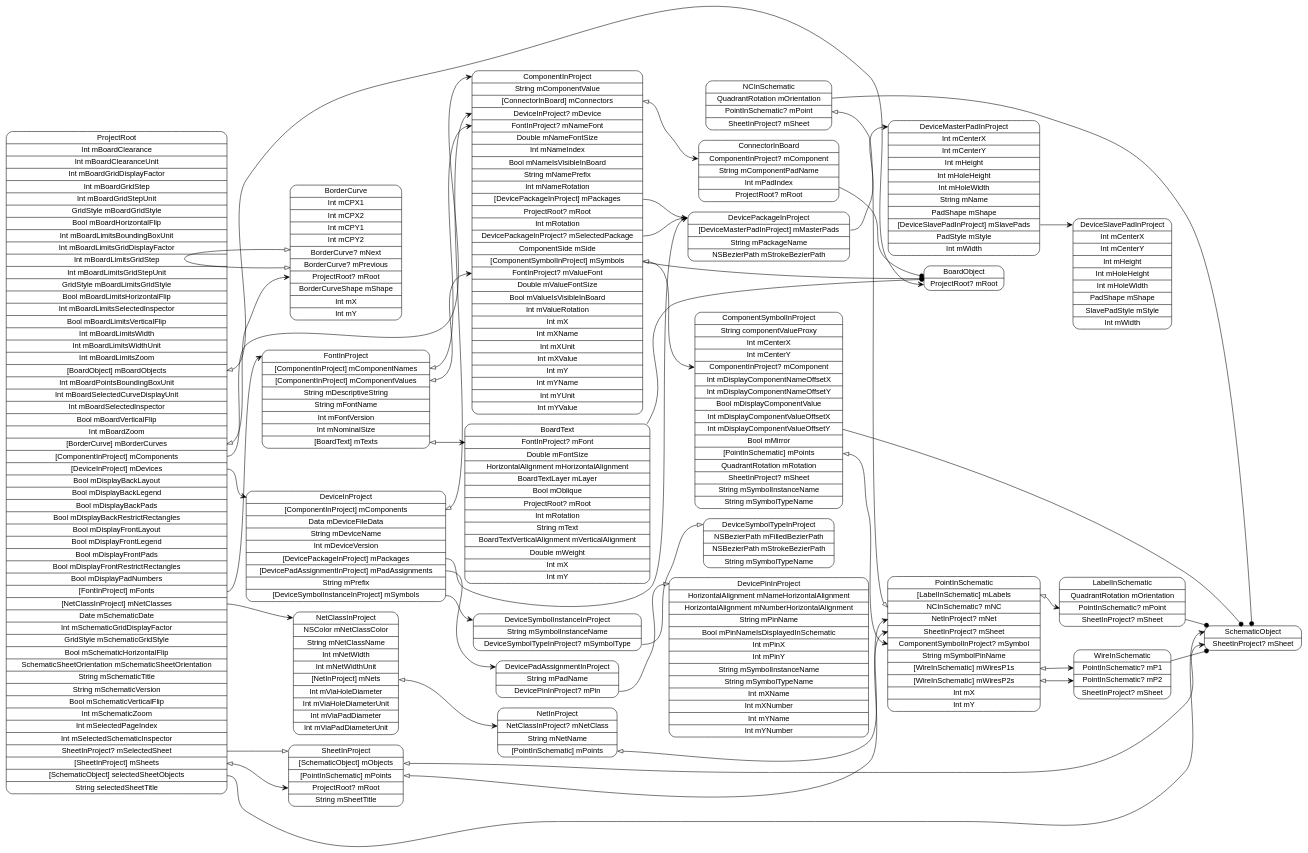
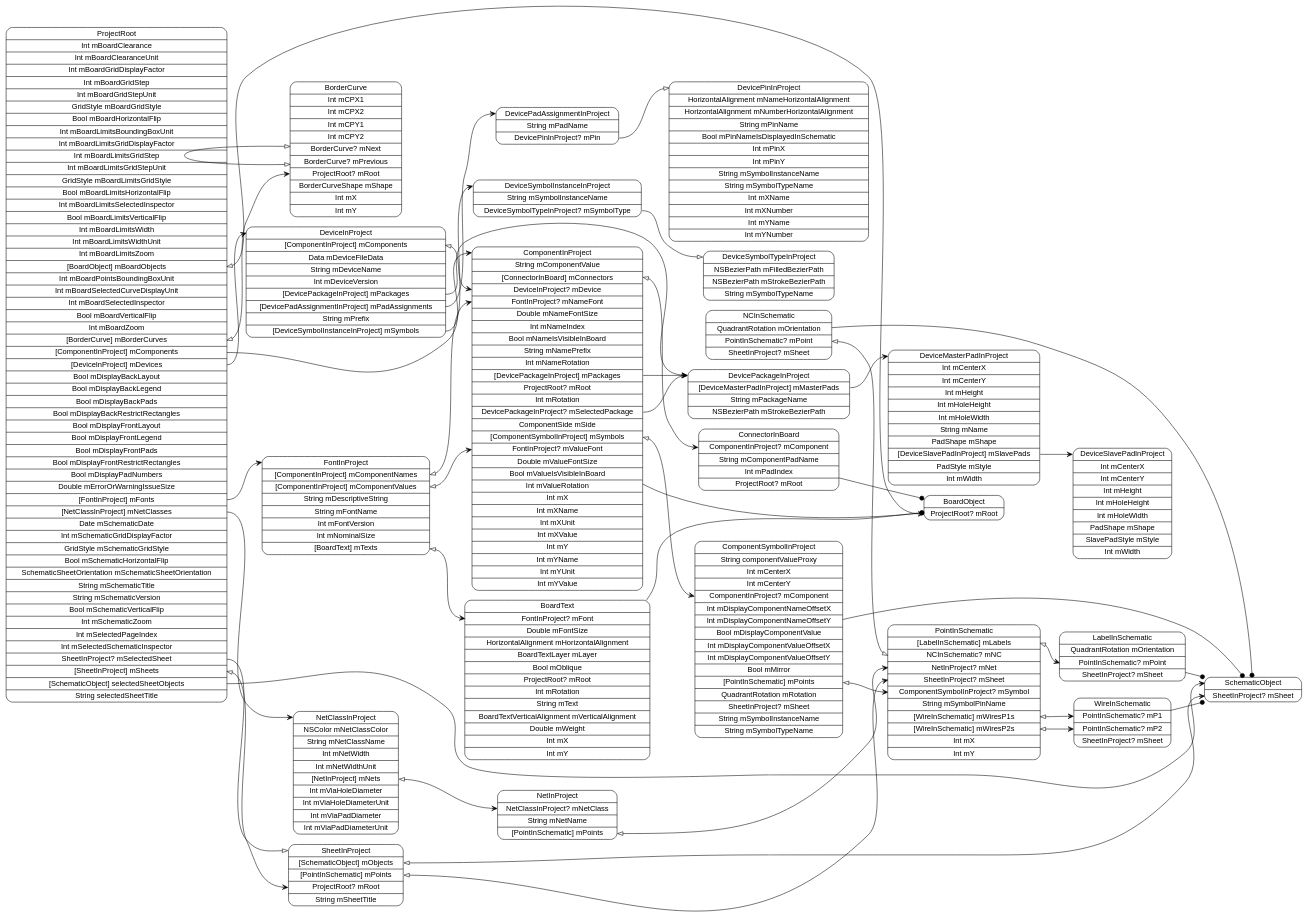
One commit to pierremolinaro/ElCanari-dev changed the diagram in models/ProjectRoot.dot. Above: the diagram before and after it, drawn with Graphviz. The commit also changed 41 other files, not shown here.

```diff
--- a/models/ProjectRoot.dot
+++ b/models/ProjectRoot.dot
@@ -1,69 +1,69 @@
 digraph G {
   rankdir=LR ;
   node [shape=record fontname=helvetica style=rounded] ;
-  ProjectRoot[label="<ProjectRoot>ProjectRoot|Int mBoardClearance|Int mBoardClearanceUnit|Int mBoardGridDisplayFactor|Int mBoardGridStep|Int mBoardGridStepUnit|GridStyle mBoardGridStyle|Bool mBoardHorizontalFlip|Int mBoardLimitsBoundingBoxUnit|Int mBoardLimitsGridDisplayFactor|Int mBoardLimitsGridStep|Int mBoardLimitsGridStepUnit|GridStyle mBoardLimitsGridStyle|Bool mBoardLimitsHorizontalFlip|Int mBoardLimitsSelectedInspector|Bool mBoardLimitsVerticalFlip|Int mBoardLimitsWidth|Int mBoardLimitsWidthUnit|Int mBoardLimitsZoom|<mBoardObjects>[BoardObject] mBoardObjects|Int mBoardPointsBoundingBoxUnit|Int mBoardSelectedCurveDisplayUnit|Int mBoardSelectedInspector|Bool mBoardVerticalFlip|Int mBoardZoom|<mBorderCurves>[BorderCurve] mBorderCurves|<mComponents>[ComponentInProject] mComponents|<mDevices>[DeviceInProject] mDevices|Bool mDisplayBackLayout|Bool mDisplayBackLegend|Bool mDisplayBackPads|Bool mDisplayBackRestrictRectangles|Bool mDisplayFrontLayout|Bool mDisplayFrontLegend|Bool mDisplayFrontPads|Bool mDisplayFrontRestrictRectangles|Bool mDisplayPadNumbers|<mFonts>[FontInProject] mFonts|<mNetClasses>[NetClassInProject] mNetClasses|Date mSchematicDate|Int mSchematicGridDisplayFactor|GridStyle mSchematicGridStyle|Bool mSchematicHorizontalFlip|SchematicSheetOrientation mSchematicSheetOrientation|String mSchematicTitle|String mSchematicVersion|Bool mSchematicVerticalFlip|Int mSchematicZoom|Int mSelectedPageIndex|Int mSelectedSchematicInspector|<mSelectedSheet>SheetInProject? mSelectedSheet|<mSheets>[SheetInProject] mSheets|<selectedSheetObjects>[SchematicObject] selectedSheetObjects|String selectedSheetTitle"] ;
+  ProjectRoot[label="<ProjectRoot>ProjectRoot|Int mBoardClearance|Int mBoardClearanceUnit|Int mBoardGridDisplayFactor|Int mBoardGridStep|Int mBoardGridStepUnit|GridStyle mBoardGridStyle|Bool mBoardHorizontalFlip|Int mBoardLimitsBoundingBoxUnit|Int mBoardLimitsGridDisplayFactor|Int mBoardLimitsGridStep|Int mBoardLimitsGridStepUnit|GridStyle mBoardLimitsGridStyle|Bool mBoardLimitsHorizontalFlip|Int mBoardLimitsSelectedInspector|Bool mBoardLimitsVerticalFlip|Int mBoardLimitsWidth|Int mBoardLimitsWidthUnit|Int mBoardLimitsZoom|<mBoardObjects>[BoardObject] mBoardObjects|Int mBoardPointsBoundingBoxUnit|Int mBoardSelectedCurveDisplayUnit|Int mBoardSelectedInspector|Bool mBoardVerticalFlip|Int mBoardZoom|<mBorderCurves>[BorderCurve] mBorderCurves|<mComponents>[ComponentInProject] mComponents|<mDevices>[DeviceInProject] mDevices|Bool mDisplayBackLayout|Bool mDisplayBackLegend|Bool mDisplayBackPads|Bool mDisplayBackRestrictRectangles|Bool mDisplayFrontLayout|Bool mDisplayFrontLegend|Bool mDisplayFrontPads|Bool mDisplayFrontRestrictRectangles|Bool mDisplayPadNumbers|Double mErrorOrWarningIssueSize|<mFonts>[FontInProject] mFonts|<mNetClasses>[NetClassInProject] mNetClasses|Date mSchematicDate|Int mSchematicGridDisplayFactor|GridStyle mSchematicGridStyle|Bool mSchematicHorizontalFlip|SchematicSheetOrientation mSchematicSheetOrientation|String mSchematicTitle|String mSchematicVersion|Bool mSchematicVerticalFlip|Int mSchematicZoom|Int mSelectedPageIndex|Int mSelectedSchematicInspector|<mSelectedSheet>SheetInProject? mSelectedSheet|<mSheets>[SheetInProject] mSheets|<selectedSheetObjects>[SchematicObject] selectedSheetObjects|String selectedSheetTitle"] ;
   SchematicObject[label="<SchematicObject>SchematicObject|<mSheet>SheetInProject? mSheet"] ;
   SheetInProject[label="<SheetInProject>SheetInProject|<mObjects>[SchematicObject] mObjects|<mPoints>[PointInSchematic] mPoints|<mRoot>ProjectRoot? mRoot|String mSheetTitle"] ;
   PointInSchematic[label="<PointInSchematic>PointInSchematic|<mLabels>[LabelInSchematic] mLabels|<mNC>NCInSchematic? mNC|<mNet>NetInProject? mNet|<mSheet>SheetInProject? mSheet|<mSymbol>ComponentSymbolInProject? mSymbol|String mSymbolPinName|<mWiresP1s>[WireInSchematic] mWiresP1s|<mWiresP2s>[WireInSchematic] mWiresP2s|Int mX|Int mY"] ;
   WireInSchematic[label="<WireInSchematic>WireInSchematic|<mP1>PointInSchematic? mP1|<mP2>PointInSchematic? mP2|<mSheet>SheetInProject? mSheet"] ;
   NCInSchematic[label="<NCInSchematic>NCInSchematic|QuadrantRotation mOrientation|<mPoint>PointInSchematic? mPoint|<mSheet>SheetInProject? mSheet"] ;
   LabelInSchematic[label="<LabelInSchematic>LabelInSchematic|QuadrantRotation mOrientation|<mPoint>PointInSchematic? mPoint|<mSheet>SheetInProject? mSheet"] ;
   NetClassInProject[label="<NetClassInProject>NetClassInProject|NSColor mNetClassColor|String mNetClassName|Int mNetWidth|Int mNetWidthUnit|<mNets>[NetInProject] mNets|Int mViaHoleDiameter|Int mViaHoleDiameterUnit|Int mViaPadDiameter|Int mViaPadDiameterUnit"] ;
   NetInProject[label="<NetInProject>NetInProject|<mNetClass>NetClassInProject? mNetClass|String mNetName|<mPoints>[PointInSchematic] mPoints"] ;
   FontInProject[label="<FontInProject>FontInProject|<mComponentNames>[ComponentInProject] mComponentNames|<mComponentValues>[ComponentInProject] mComponentValues|String mDescriptiveString|String mFontName|Int mFontVersion|Int mNominalSize|<mTexts>[BoardText] mTexts"] ;
   BoardText[label="<BoardText>BoardText|<mFont>FontInProject? mFont|Double mFontSize|HorizontalAlignment mHorizontalAlignment|BoardTextLayer mLayer|Bool mOblique|<mRoot>ProjectRoot? mRoot|Int mRotation|String mText|BoardTextVerticalAlignment mVerticalAlignment|Double mWeight|Int mX|Int mY"] ;
   DeviceInProject[label="<DeviceInProject>DeviceInProject|<mComponents>[ComponentInProject] mComponents|Data mDeviceFileData|String mDeviceName|Int mDeviceVersion|<mPackages>[DevicePackageInProject] mPackages|<mPadAssignments>[DevicePadAssignmentInProject] mPadAssignments|String mPrefix|<mSymbols>[DeviceSymbolInstanceInProject] mSymbols"] ;
   DeviceSymbolInstanceInProject[label="<DeviceSymbolInstanceInProject>DeviceSymbolInstanceInProject|String mSymbolInstanceName|<mSymbolType>DeviceSymbolTypeInProject? mSymbolType"] ;
   DeviceSymbolTypeInProject[label="<DeviceSymbolTypeInProject>DeviceSymbolTypeInProject|NSBezierPath mFilledBezierPath|NSBezierPath mStrokeBezierPath|String mSymbolTypeName"] ;
   DevicePadAssignmentInProject[label="<DevicePadAssignmentInProject>DevicePadAssignmentInProject|String mPadName|<mPin>DevicePinInProject? mPin"] ;
   DevicePinInProject[label="<DevicePinInProject>DevicePinInProject|HorizontalAlignment mNameHorizontalAlignment|HorizontalAlignment mNumberHorizontalAlignment|String mPinName|Bool mPinNameIsDisplayedInSchematic|Int mPinX|Int mPinY|String mSymbolInstanceName|String mSymbolTypeName|Int mXName|Int mXNumber|Int mYName|Int mYNumber"] ;
   DevicePackageInProject[label="<DevicePackageInProject>DevicePackageInProject|<mMasterPads>[DeviceMasterPadInProject] mMasterPads|String mPackageName|NSBezierPath mStrokeBezierPath"] ;
   DeviceMasterPadInProject[label="<DeviceMasterPadInProject>DeviceMasterPadInProject|Int mCenterX|Int mCenterY|Int mHeight|Int mHoleHeight|Int mHoleWidth|String mName|PadShape mShape|<mSlavePads>[DeviceSlavePadInProject] mSlavePads|PadStyle mStyle|Int mWidth"] ;
   DeviceSlavePadInProject[label="<DeviceSlavePadInProject>DeviceSlavePadInProject|Int mCenterX|Int mCenterY|Int mHeight|Int mHoleHeight|Int mHoleWidth|PadShape mShape|SlavePadStyle mStyle|Int mWidth"] ;
   ComponentInProject[label="<ComponentInProject>ComponentInProject|String mComponentValue|<mConnectors>[ConnectorInBoard] mConnectors|<mDevice>DeviceInProject? mDevice|<mNameFont>FontInProject? mNameFont|Double mNameFontSize|Int mNameIndex|Bool mNameIsVisibleInBoard|String mNamePrefix|Int mNameRotation|<mPackages>[DevicePackageInProject] mPackages|<mRoot>ProjectRoot? mRoot|Int mRotation|<mSelectedPackage>DevicePackageInProject? mSelectedPackage|ComponentSide mSide|<mSymbols>[ComponentSymbolInProject] mSymbols|<mValueFont>FontInProject? mValueFont|Double mValueFontSize|Bool mValueIsVisibleInBoard|Int mValueRotation|Int mX|Int mXName|Int mXUnit|Int mXValue|Int mY|Int mYName|Int mYUnit|Int mYValue"] ;
   ComponentSymbolInProject[label="<ComponentSymbolInProject>ComponentSymbolInProject|String componentValueProxy|Int mCenterX|Int mCenterY|<mComponent>ComponentInProject? mComponent|Int mDisplayComponentNameOffsetX|Int mDisplayComponentNameOffsetY|Bool mDisplayComponentValue|Int mDisplayComponentValueOffsetX|Int mDisplayComponentValueOffsetY|Bool mMirror|<mPoints>[PointInSchematic] mPoints|QuadrantRotation mRotation|<mSheet>SheetInProject? mSheet|String mSymbolInstanceName|String mSymbolTypeName"] ;
   ConnectorInBoard[label="<ConnectorInBoard>ConnectorInBoard|<mComponent>ComponentInProject? mComponent|String mComponentPadName|Int mPadIndex|<mRoot>ProjectRoot? mRoot"] ;
   BorderCurve[label="<BorderCurve>BorderCurve|Int mCPX1|Int mCPX2|Int mCPY1|Int mCPY2|<mNext>BorderCurve? mNext|<mPrevious>BorderCurve? mPrevious|<mRoot>ProjectRoot? mRoot|BorderCurveShape mShape|Int mX|Int mY"] ;
   BoardObject[label="<BoardObject>BoardObject|<mRoot>ProjectRoot? mRoot"] ;
   ProjectRoot:mBoardObjects -> BoardObject:mRoot [dir=both arrowtail=onormal arrowhead=vee] ;
   ProjectRoot:mBorderCurves -> BorderCurve:mRoot [dir=both arrowtail=onormal arrowhead=vee] ;
   ProjectRoot:mComponents -> ComponentInProject:ComponentInProject [dir=both arrowtail=none arrowhead=vee] ;
   ProjectRoot:mDevices -> DeviceInProject:DeviceInProject [dir=both arrowtail=none arrowhead=vee] ;
   ProjectRoot:mFonts -> FontInProject:FontInProject [dir=both arrowtail=none arrowhead=vee] ;
   ProjectRoot:mNetClasses -> NetClassInProject:NetClassInProject [dir=both arrowtail=none arrowhead=vee] ;
   ProjectRoot:mSelectedSheet -> SheetInProject:SheetInProject [dir=both arrowtail=none arrowhead=onormal] ;
   ProjectRoot:mSheets -> SheetInProject:mRoot [dir=both arrowtail=onormal arrowhead=vee] ;
   ProjectRoot:selectedSheetObjects -> SchematicObject:SchematicObject [dir=both arrowtail=none arrowhead=vee] ;
   SheetInProject:mObjects -> SchematicObject:mSheet [dir=both arrowtail=onormal arrowhead=vee] ;
   SheetInProject:mPoints -> PointInSchematic:mSheet [dir=both arrowtail=onormal arrowhead=vee] ;
   PointInSchematic:mLabels -> LabelInSchematic:mPoint [dir=both arrowtail=onormal arrowhead=vee] ;
   PointInSchematic:mWiresP1s -> WireInSchematic:mP1 [dir=both arrowtail=onormal arrowhead=vee] ;
   PointInSchematic:mWiresP2s -> WireInSchematic:mP2 [dir=both arrowtail=onormal arrowhead=vee] ;
   WireInSchematic -> SchematicObject [arrowhead=dot] ;
   NCInSchematic -> SchematicObject [arrowhead=dot] ;
   NCInSchematic:mPoint -> PointInSchematic:mNC [dir=both arrowtail=onormal arrowhead=onormal] ;
   LabelInSchematic -> SchematicObject [arrowhead=dot] ;
   NetClassInProject:mNets -> NetInProject:mNetClass [dir=both arrowtail=onormal arrowhead=vee] ;
   NetInProject:mPoints -> PointInSchematic:mNet [dir=both arrowtail=onormal arrowhead=vee] ;
   FontInProject:mComponentNames -> ComponentInProject:mNameFont [dir=both arrowtail=onormal arrowhead=vee] ;
   FontInProject:mComponentValues -> ComponentInProject:mValueFont [dir=both arrowtail=onormal arrowhead=vee] ;
   FontInProject:mTexts -> BoardText:mFont [dir=both arrowtail=onormal arrowhead=vee] ;
   BoardText -> BoardObject [arrowhead=dot] ;
   DeviceInProject:mComponents -> ComponentInProject:mDevice [dir=both arrowtail=onormal arrowhead=vee] ;
   DeviceInProject:mPackages -> DevicePackageInProject:DevicePackageInProject [dir=both arrowtail=none arrowhead=vee] ;
   DeviceInProject:mPadAssignments -> DevicePadAssignmentInProject:DevicePadAssignmentInProject [dir=both arrowtail=none arrowhead=vee] ;
   DeviceInProject:mSymbols -> DeviceSymbolInstanceInProject:DeviceSymbolInstanceInProject [dir=both arrowtail=none arrowhead=vee] ;
   DeviceSymbolInstanceInProject:mSymbolType -> DeviceSymbolTypeInProject:DeviceSymbolTypeInProject [dir=both arrowtail=none arrowhead=onormal] ;
   DevicePadAssignmentInProject:mPin -> DevicePinInProject:DevicePinInProject [dir=both arrowtail=none arrowhead=onormal] ;
   DevicePackageInProject:mMasterPads -> DeviceMasterPadInProject:DeviceMasterPadInProject [dir=both arrowtail=none arrowhead=vee] ;
   DeviceMasterPadInProject:mSlavePads -> DeviceSlavePadInProject:DeviceSlavePadInProject [dir=both arrowtail=none arrowhead=vee] ;
   ComponentInProject -> BoardObject [arrowhead=dot] ;
   ComponentInProject:mConnectors -> ConnectorInBoard:mComponent [dir=both arrowtail=onormal arrowhead=vee] ;
   ComponentInProject:mPackages -> DevicePackageInProject:DevicePackageInProject [dir=both arrowtail=none arrowhead=vee] ;
   ComponentInProject:mSelectedPackage -> DevicePackageInProject:DevicePackageInProject [dir=both arrowtail=none arrowhead=onormal] ;
   ComponentInProject:mSymbols -> ComponentSymbolInProject:mComponent [dir=both arrowtail=onormal arrowhead=vee] ;
   ComponentSymbolInProject -> SchematicObject [arrowhead=dot] ;
   ComponentSymbolInProject:mPoints -> PointInSchematic:mSymbol [dir=both arrowtail=onormal arrowhead=vee] ;
   ConnectorInBoard -> BoardObject [arrowhead=dot] ;
   BorderCurve:mPrevious -> BorderCurve:mNext [dir=both arrowtail=onormal arrowhead=onormal] ;
 }
```
